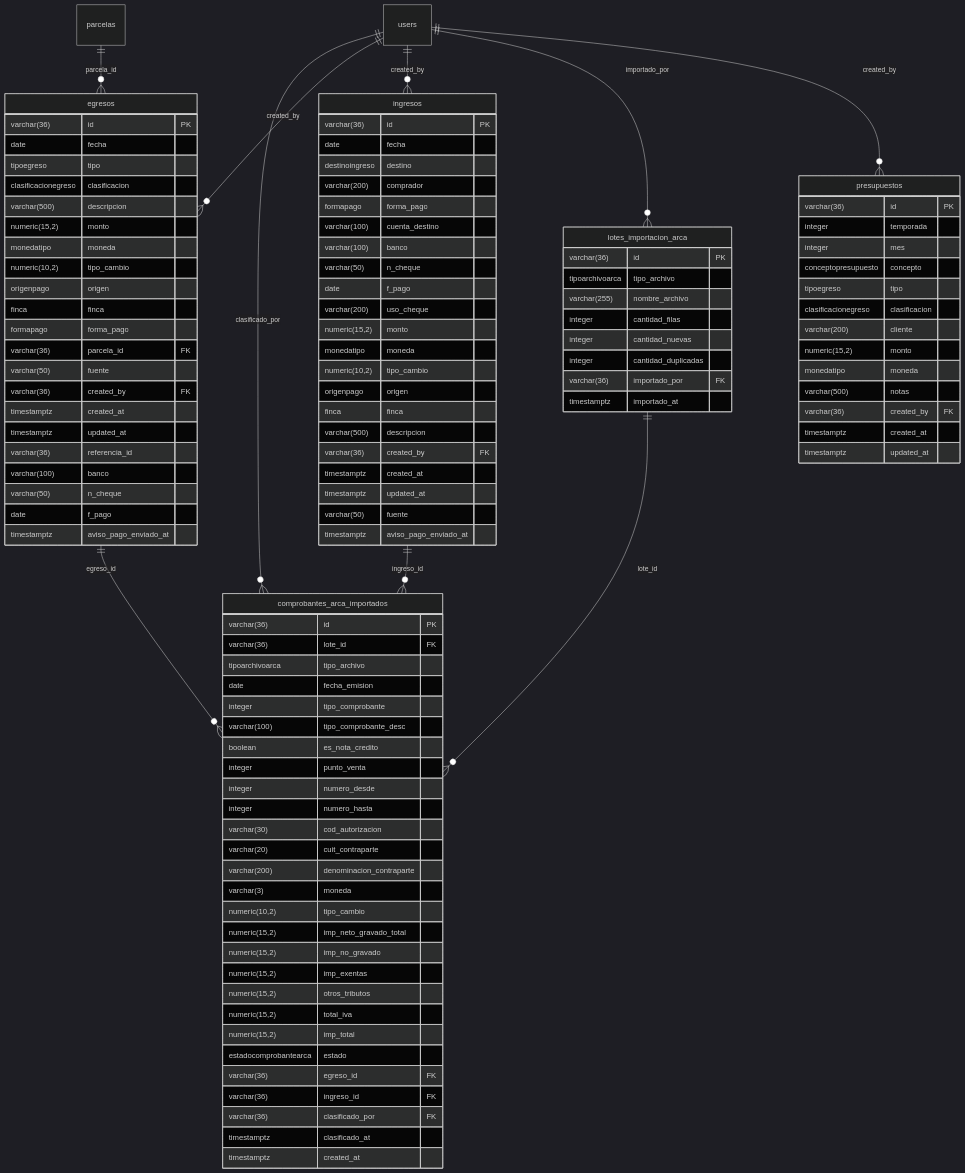
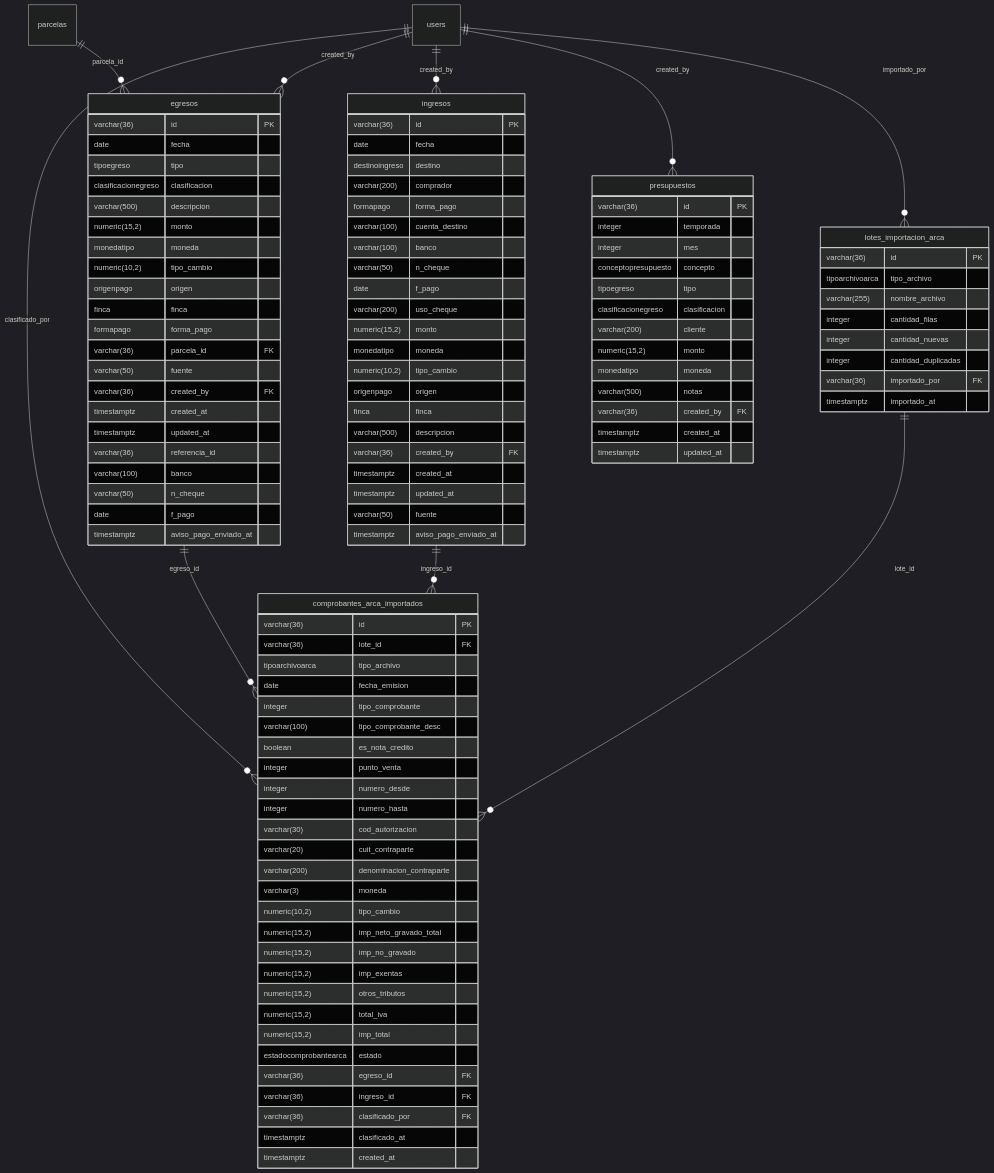
One commit to FaustoYanzon/Proyecto-Gestion-Los-Lirios- changed the sixth of 10 diagrams in docs/sistema/Modelo de Datos.md. Above: the diagram before and after it, drawn with Mermaid (dark theme). The commit also changed other lines of this file and 1 other file, not shown here.

````diff
--- a/docs/sistema/Modelo de Datos.md
+++ b/docs/sistema/Modelo de Datos.md
@@ -1143,11 +1133,11 @@
 ```mermaid
 erDiagram
+    lotes_importacion_arca ||--o{ comprobantes_arca_importados : "lote_id"
     ingresos ||--o{ comprobantes_arca_importados : "ingreso_id"
+    egresos ||--o{ comprobantes_arca_importados : "egreso_id"
     users ||--o{ comprobantes_arca_importados : "clasificado_por"
-    egresos ||--o{ comprobantes_arca_importados : "egreso_id"
-    lotes_importacion_arca ||--o{ comprobantes_arca_importados : "lote_id"
+    users ||--o{ egresos : "created_by"
     parcelas ||--o{ egresos : "parcela_id"
-    users ||--o{ egresos : "created_by"
     users ||--o{ ingresos : "created_by"
     users ||--o{ lotes_importacion_arca : "importado_por"
     users ||--o{ presupuestos : "created_by"
````
